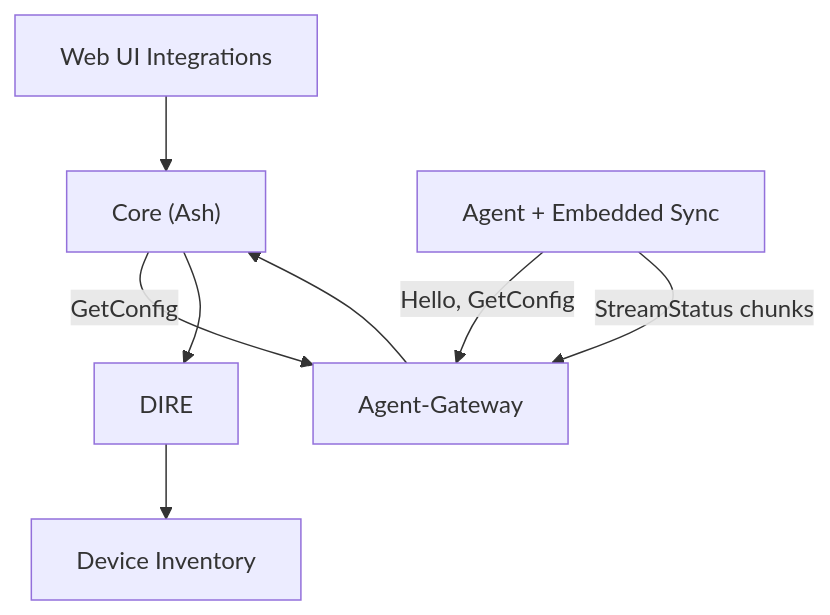
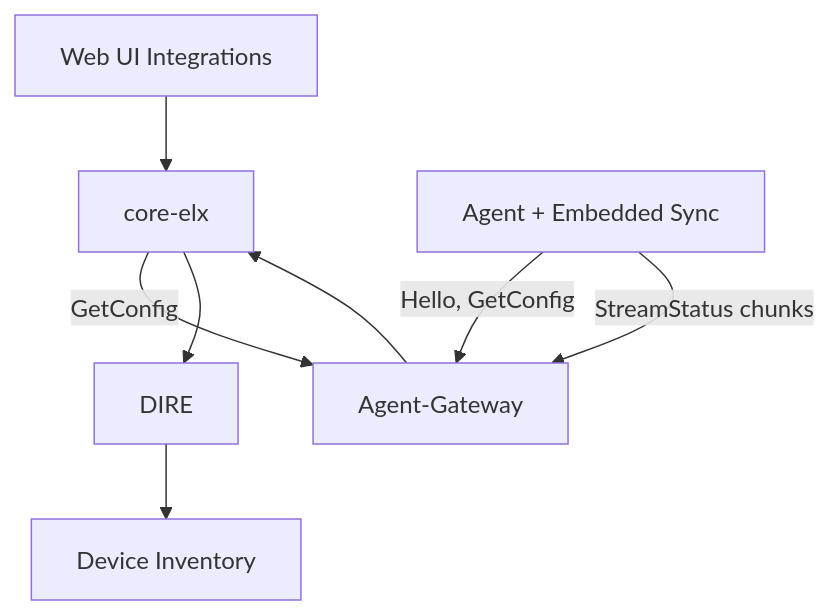
Before and after one commit to carverauto/serviceradar: the diagram in docs/docs/sync.md, drawn with Mermaid. The commit also changed 53 other files, not shown here.

````diff
--- a/docs/docs/sync.md
+++ b/docs/docs/sync.md
@@ -18,12 +18,12 @@
 ```mermaid
 graph TD
-    UI["Web UI Integrations"] --> Core["Core (Ash)"]
+    UI["Web UI Integrations"] --> Core["core-elx"]
     Core -->|GetConfig| Gateway["Agent-Gateway"]
 
     Agent["Agent + Embedded Sync"] -->|Hello, GetConfig| Gateway
     Agent -->|StreamStatus chunks| Gateway
 
     Gateway --> Core
     Core --> DIRE["DIRE"]
     DIRE --> Inventory["Device Inventory"]
 ```
````
